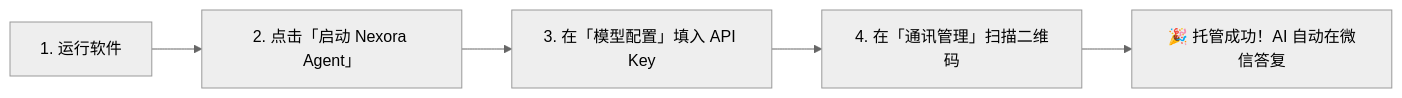
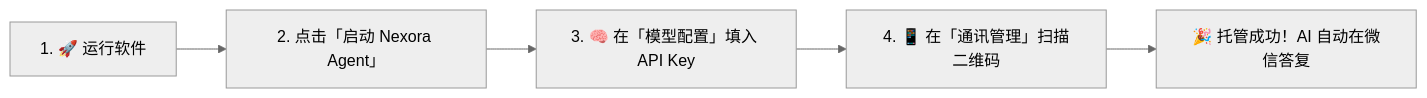
Before and after one commit to 2014-y/NexoraAgent: the fifth of 5 diagrams in README.md, drawn with Mermaid (neutral theme). The commit also changed other lines of this file, not shown here.

````diff
--- a/README.md
+++ b/README.md
@@ -336,7 +394,7 @@
 ```mermaid
 flowchart LR
-    Step1[1. 运行软件] --> Step2[2. 点击「启动 Nexora Agent」]
-    Step2 --> Step3[3. 在「模型配置」填入 API Key]
-    Step3 --> Step4[4. 在「通讯管理」扫描二维码]
+    Step1[1. 🚀 运行软件] --> Step2[2. 点击「启动 Nexora Agent」]
+    Step2 --> Step3[3. 🧠 在「模型配置」填入 API Key]
+    Step3 --> Step4[4. 📱 在「通讯管理」扫描二维码]
     Step4 --> Step5[🎉 托管成功！AI 自动在微信答复]
 ```
````
